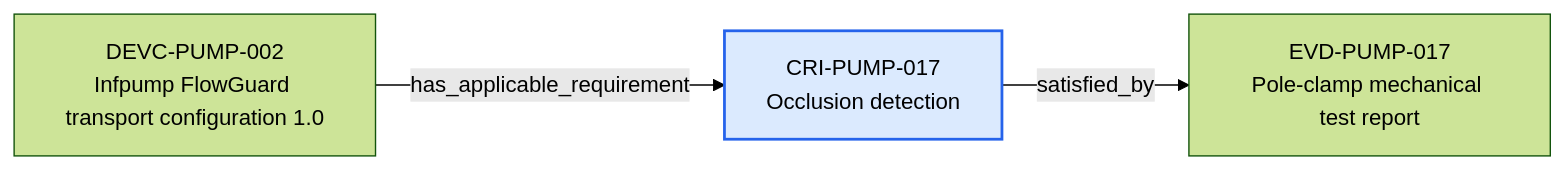
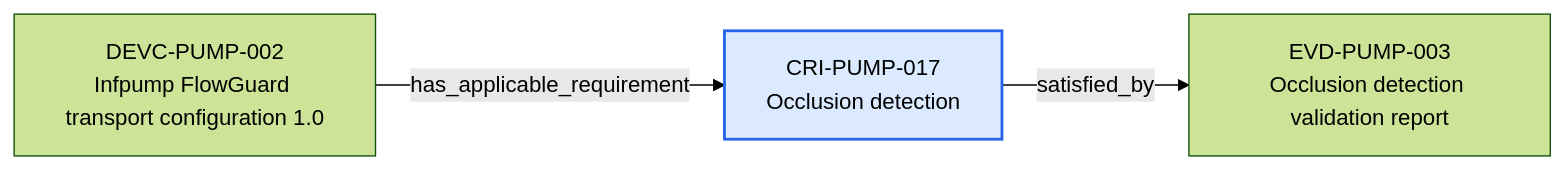
One commit to mvattulainen/mdrontology changed the diagram in content/06-Infpump FlowGuard ontology notes/compliance-requirement-instance/CRI-PUMP-017-occlusion-detection.md. Above: the diagram before and after it, drawn with Mermaid (forest theme). The commit also changed other lines of this file and 321 other files, not shown here.

Commit message:
Implement Mermaid ontology audit findings

````diff
--- a/content/06-Infpump FlowGuard ontology notes/compliance-requirement-instance/CRI-PUMP-017-occlusion-detection.md
+++ b/content/06-Infpump FlowGuard ontology notes/compliance-requirement-instance/CRI-PUMP-017-occlusion-detection.md
@@ -85,10 +87,10 @@
 ```mermaid
 flowchart LR
   CURRENT["CRI-PUMP-017<br/>Occlusion detection"]
   PREV0["DEVC-PUMP-002<br/>Infpump FlowGuard transport configuration 1.0"]
   PREV0 -->|"has_applicable_requirement"| CURRENT
-  NEXT0["EVD-PUMP-017<br/>Pole-clamp mechanical test report"]
+  NEXT0["EVD-PUMP-003<br/>Occlusion detection validation report"]
   CURRENT -->|"satisfied_by"| NEXT0
   classDef current fill:#dbeafe,stroke:#2563eb,stroke-width:2px
   class CURRENT current
 ```
````
